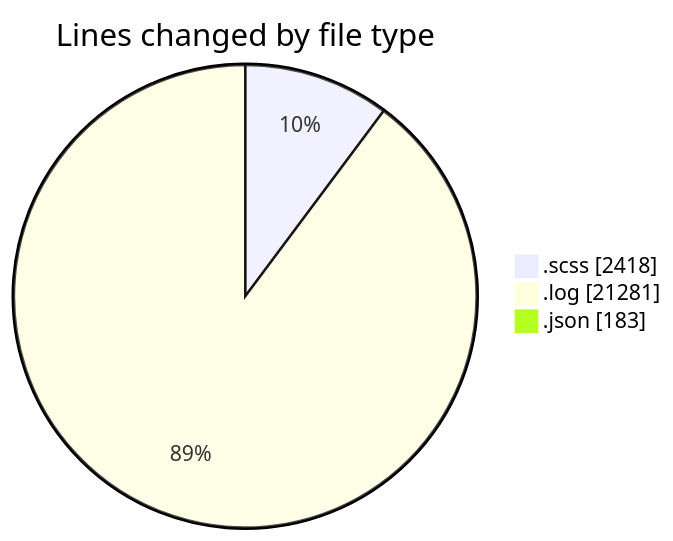
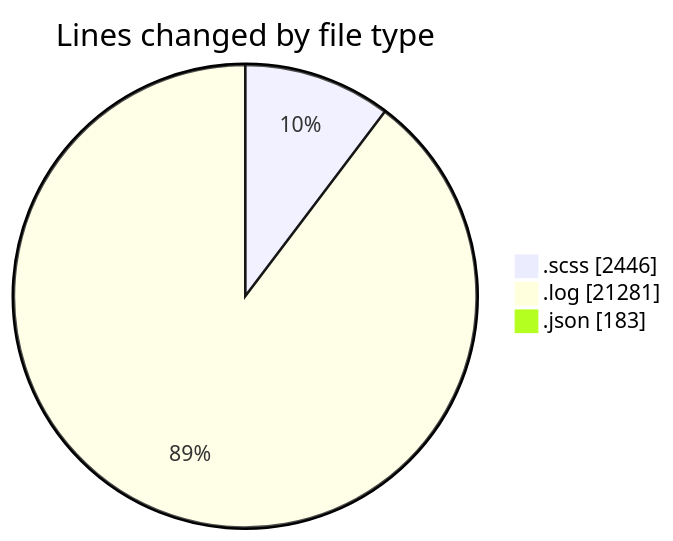
One commit to momahboobian/code-tracking changed the first of 2 diagrams in 2026-01-21/cda/README.md. Above: the diagram before and after it, drawn with Mermaid. The commit also changed other lines of this file and 1 other file, not shown here.

````diff
--- a/2026-01-21/cda/README.md
+++ b/2026-01-21/cda/README.md
@@ -33,7 +34,7 @@
 ```mermaid
 pie showData
 title Lines changed by file type
-".scss" : 2418
+".scss" : 2446
 ".log" : 21281
 ".json" : 183
 ```
````
